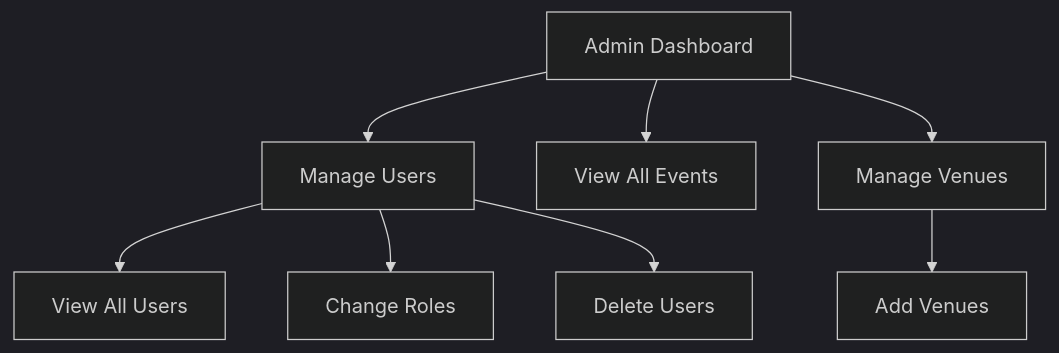
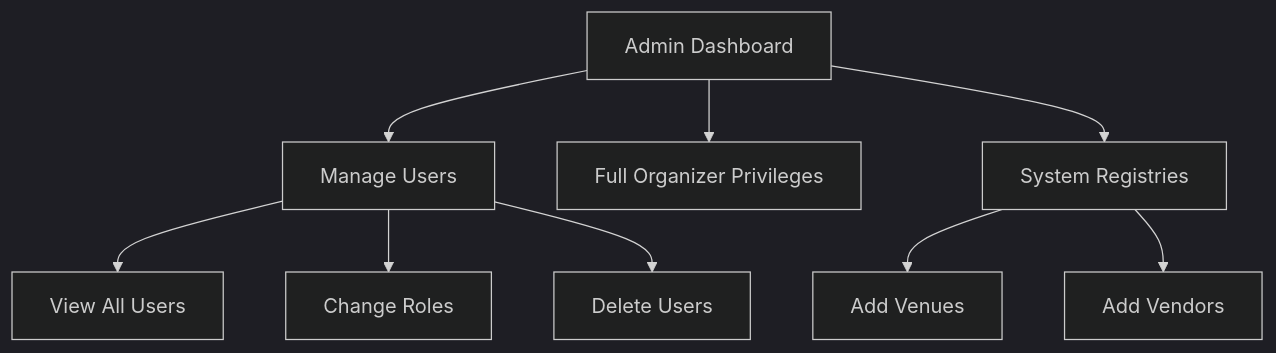
One commit to aiyan-shamshad/EventZen changed the fourth of 5 diagrams in docs/UserFlow.md. Above: the diagram before and after it, drawn with Mermaid (dark theme). The commit also changed 4 other files, not shown here.

````diff
--- a/docs/UserFlow.md
+++ b/docs/UserFlow.md
@@ -72,12 +72,13 @@
 ```mermaid
 flowchart TD
     A[Admin Dashboard] --> B[Manage Users]
-    A --> C[View All Events]
-    A --> D[Manage Venues]
+    A --> C[Full Organizer Privileges]
+    A --> D[System Registries]
 
     B --> B1[View All Users]
     B --> B2[Change Roles]
     B --> B3[Delete Users]
 
     D --> D1[Add Venues]
+    D --> D2[Add Vendors]
 ```
````
